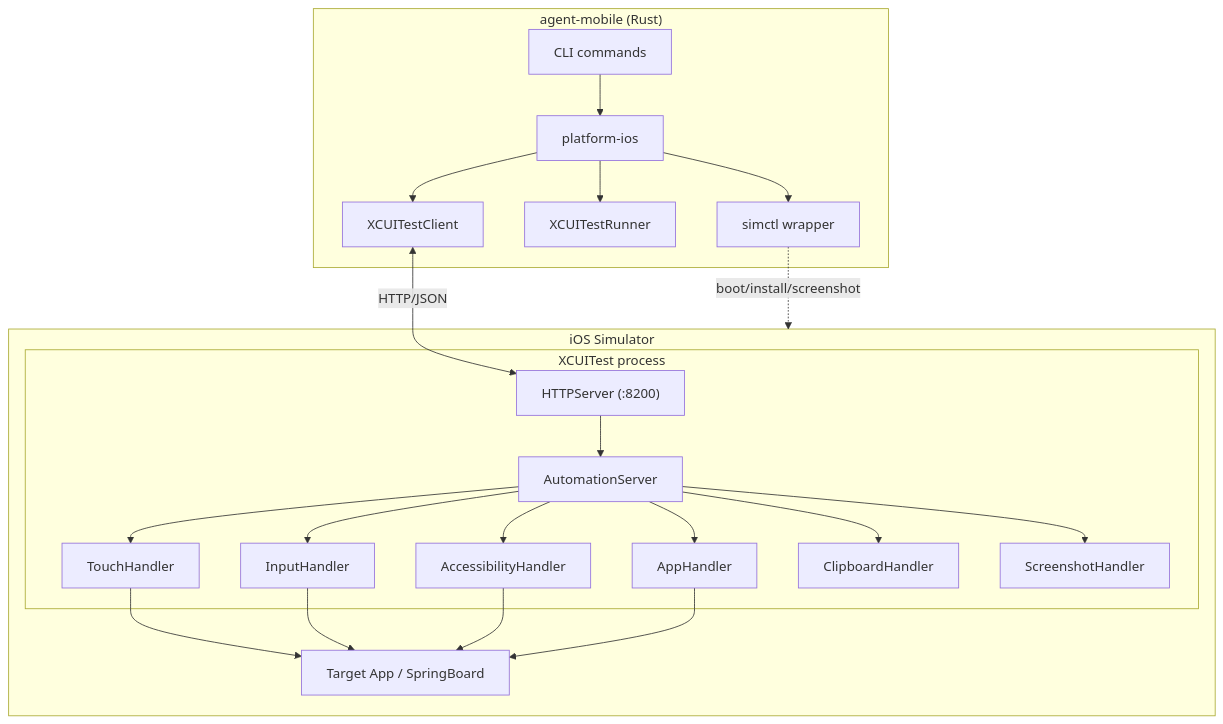
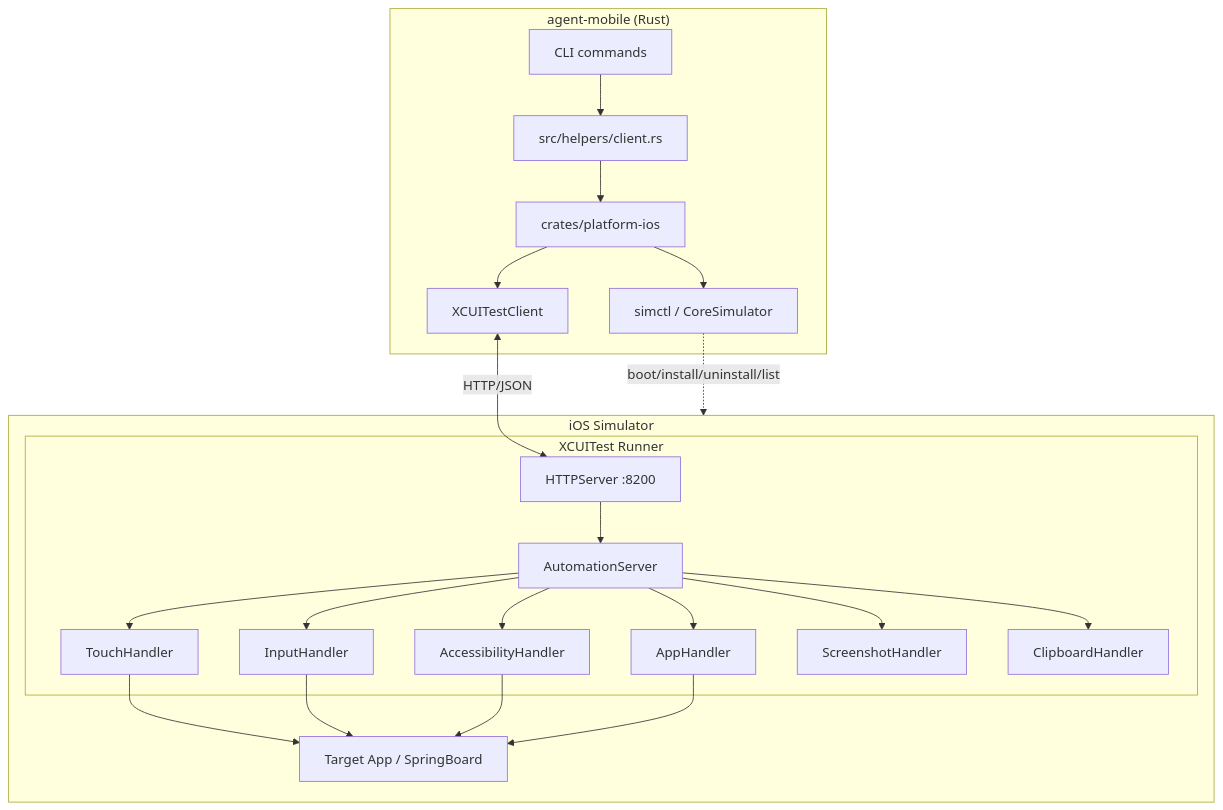
Before and after one commit to r0227n/agent-ios: the first of 4 diagrams in docs/ios-runner.ja.md, drawn with Mermaid. The commit also changed other lines of this file and 4 other files, not shown here.

Commit message:
Update ios-runner guide

````diff
--- a/docs/ios-runner.ja.md
+++ b/docs/ios-runner.ja.md
@@ -9,45 +9,42 @@
 ```mermaid
 graph TB
     subgraph CLI["agent-mobile (Rust)"]
         CMD["CLI commands"]
-        IOS["platform-ios"]
+        HELPER["src/helpers/client.rs"]
+        IOS["crates/platform-ios"]
+        SIMCTL["simctl / CoreSimulator"]
         CLIENT["XCUITestClient"]
-        RUNNER["XCUITestRunner"]
-        SIMCTL["simctl wrapper"]
-
-        CMD --> IOS
+        CMD --> HELPER
+        HELPER --> IOS
+        IOS --> SIMCTL
         IOS --> CLIENT
-        IOS --> RUNNER
-        IOS --> SIMCTL
     end
 
     subgraph SIM["iOS Simulator"]
-        subgraph XCT["XCUITest process"]
-            HTTP["HTTPServer (:8200)"]
+        subgraph XCT["XCUITest Runner"]
+            SERVER["HTTPServer :8200"]
             AUTO["AutomationServer"]
             TOUCH["TouchHandler"]
             INPUT["InputHandler"]
             AX["AccessibilityHandler"]
             APP["AppHandler"]
+            SHOT["ScreenshotHandler"]
             CLIP["ClipboardHandler"]
-            SHOT["ScreenshotHandler"]
-
-            HTTP --> AUTO
+            SERVER --> AUTO
             AUTO --> TOUCH
             AUTO --> INPUT
             AUTO --> AX
             AUTO --> APP
+            AUTO --> SHOT
             AUTO --> CLIP
-            AUTO --> SHOT
         end
-
         TARGET["Target App / SpringBoard"]
     end
 
-    CLIENT <-->|HTTP/JSON| HTTP
-    SIMCTL -.->|boot/install/screenshot| SIM
+    CLIENT <-->|HTTP/JSON| SERVER
+    SIMCTL -.->|boot/install/uninstall/list| SIM
     TOUCH --> TARGET
     INPUT --> TARGET
     AX --> TARGET
     APP --> TARGET
 ```
````
